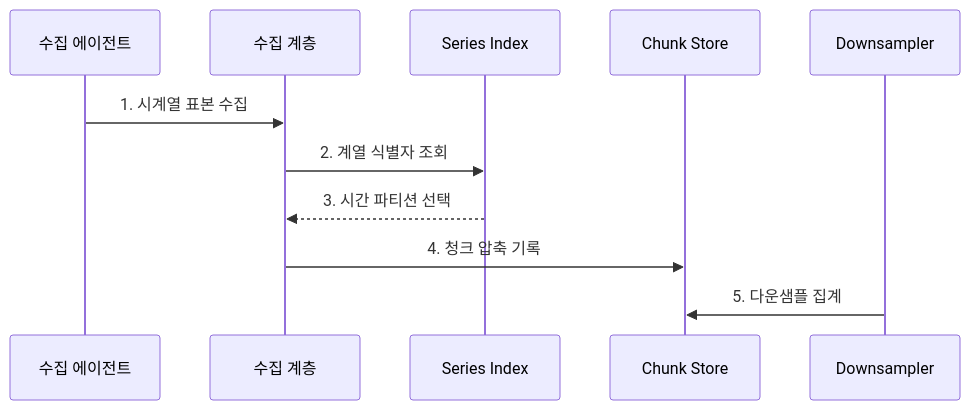
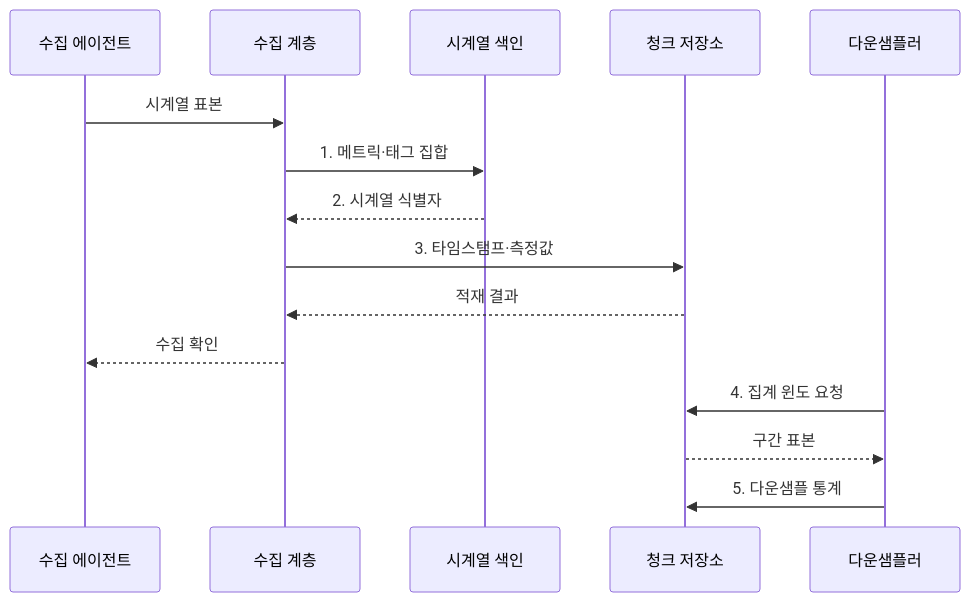
Before and after one commit to agnusdei1207/knowledge-base: the second of 2 diagrams in src/content/docs/notes/03-software/110_time_series_database.md, drawn with Mermaid. The commit also changed other lines of this file and 20 other files, not shown here.

````diff
--- a/src/content/docs/notes/03-software/110_time_series_database.md
+++ b/src/content/docs/notes/03-software/110_time_series_database.md
@@ -79,13 +90,17 @@
 ```mermaid
 sequenceDiagram
     participant A as 수집 에이전트
     participant I as 수집 계층
-    participant X as Series Index
-    participant C as Chunk Store
-    participant D as Downsampler
-    A->>I: 1. 시계열 표본 수집
-    I->>X: 2. 계열 식별자 조회
-    X-->>I: 3. 시간 파티션 선택
-    I->>C: 4. 청크 압축 기록
-    D->>C: 5. 다운샘플 집계
+    participant X as 시계열 색인
+    participant C as 청크 저장소
+    participant D as 다운샘플러
+    A->>I: 시계열 표본
+    I->>X: 1. 메트릭·태그 집합
+    X-->>I: 2. 시계열 식별자
+    I->>C: 3. 타임스탬프·측정값
+    C-->>I: 적재 결과
+    I-->>A: 수집 확인
+    D->>C: 4. 집계 윈도 요청
+    C-->>D: 구간 표본
+    D->>C: 5. 다운샘플 통계
 ```
````
